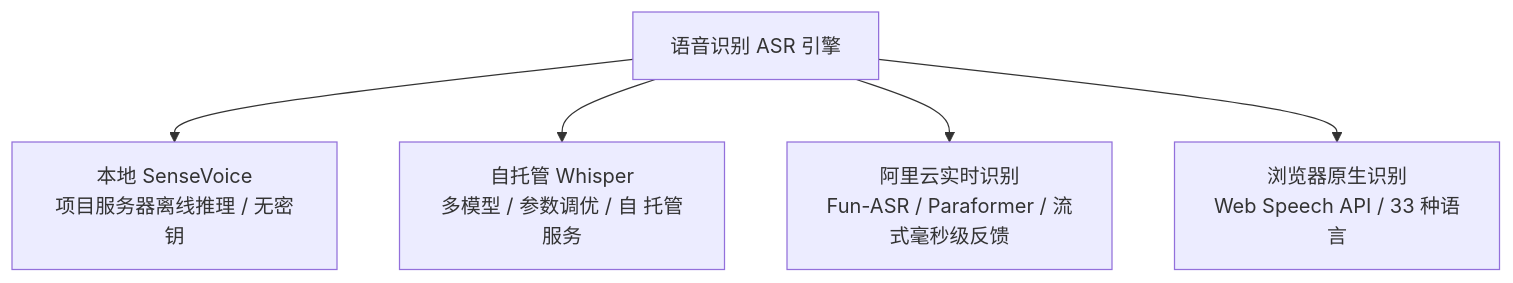
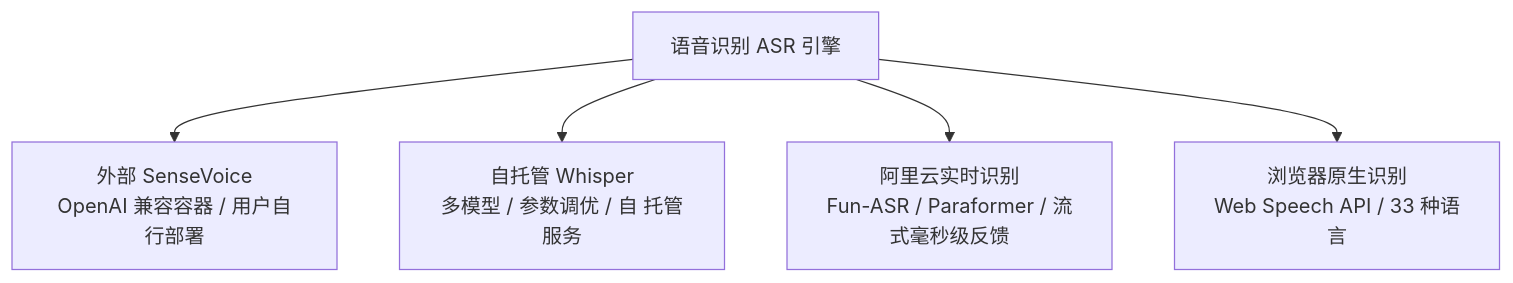
Before and after one commit to lulabs-org/embocraft: the second of 2 diagrams in docs/voice/setup.md, drawn with Mermaid. The commit also changed other lines of this file and 38 other files, not shown here.

First line of the commit message:
feat(asr): move SenseVoice to an external OpenAI-compatible service

````diff
--- a/docs/voice/setup.md
+++ b/docs/voice/setup.md
@@ -101,7 +101,7 @@
 ```mermaid
 graph TD
-    ASR[语音识别 ASR 引擎] --> SenseVoice[本地 SenseVoice<br>项目服务器离线推理 / 无密钥]
+    ASR[语音识别 ASR 引擎] --> SenseVoice[外部 SenseVoice<br>OpenAI 兼容容器 / 用户自行部署]
     ASR --> Whisper[自托管 Whisper<br>多模型 / 参数调优 / 自 托管服务]
     ASR --> AliyunASR[阿里云实时识别<br>Fun-ASR / Paraformer / 流式毫秒级反馈]
     ASR --> BrowserASR[浏览器原生识别<br>Web Speech API / 33 种语言]
 ```
````
